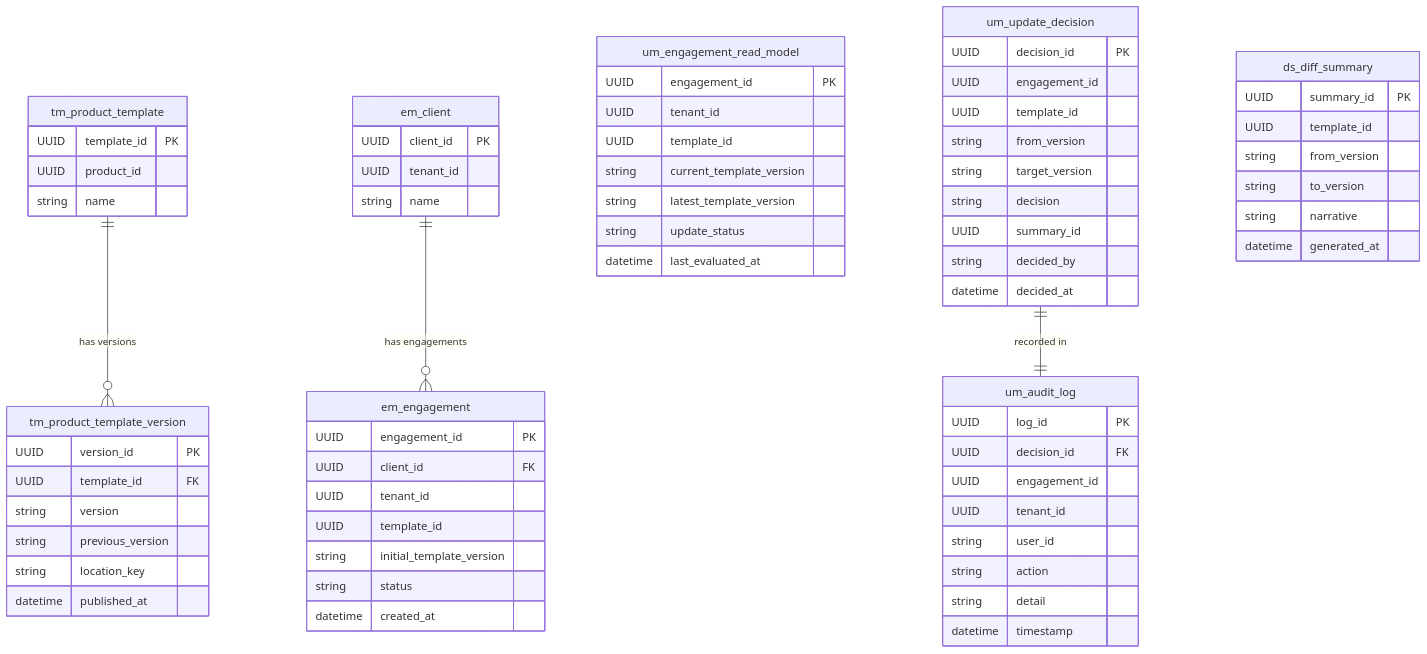
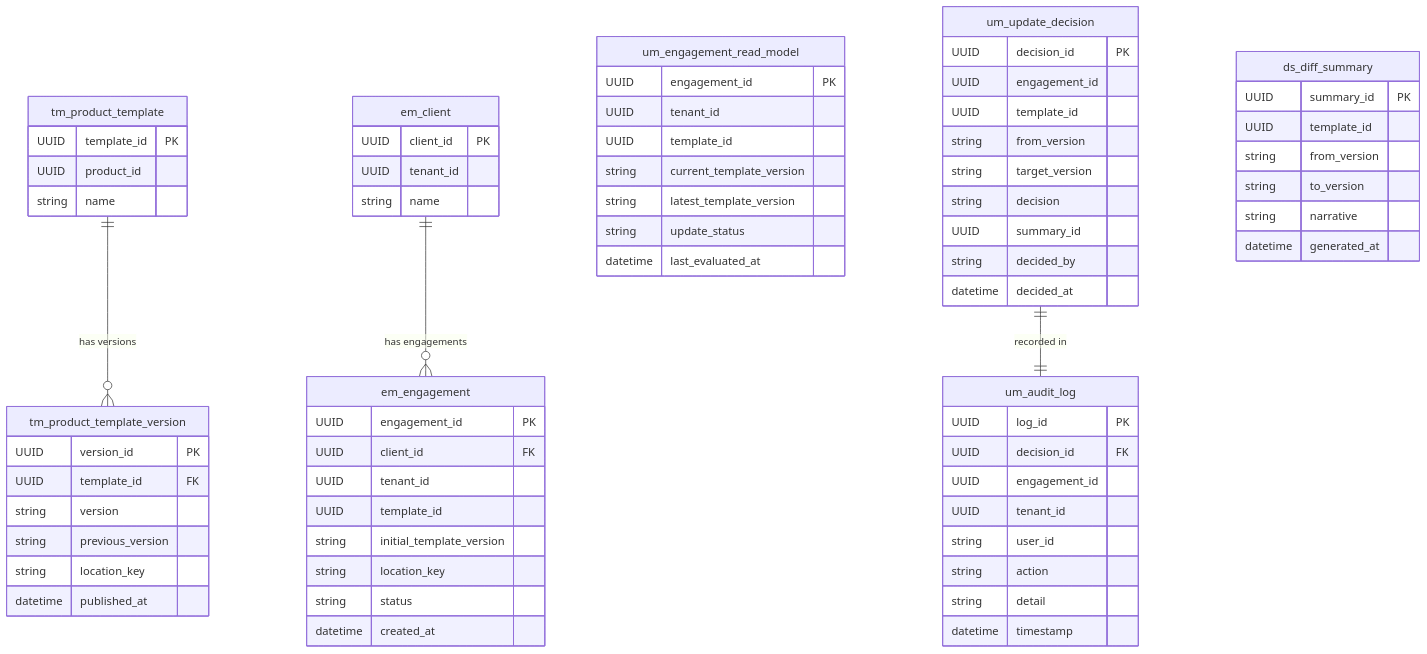
Before and after one commit to jose-foronda/caseware_test_2026_09: the diagram in architecture/erd.md, drawn with Mermaid. The commit also changed other lines of this file, not shown here.

Commit message:
refining erd

```diff
--- a/architecture/erd.md
+++ b/architecture/erd.md
@@ -59,6 +59,7 @@
         UUID     tenant_id
         UUID     template_id
         string   initial_template_version
+        string   location_key
         string   status
         datetime created_at
     }
```
